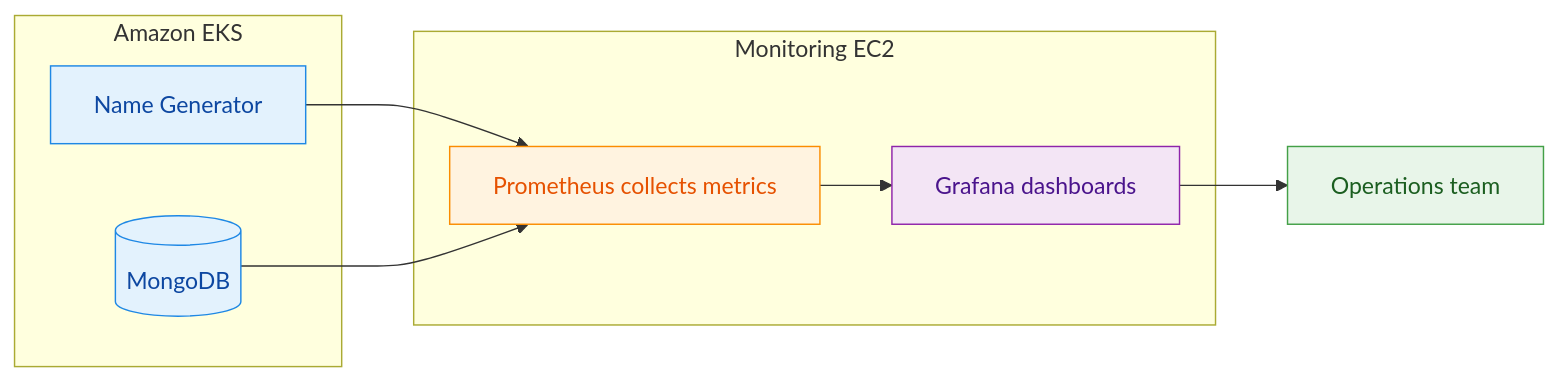
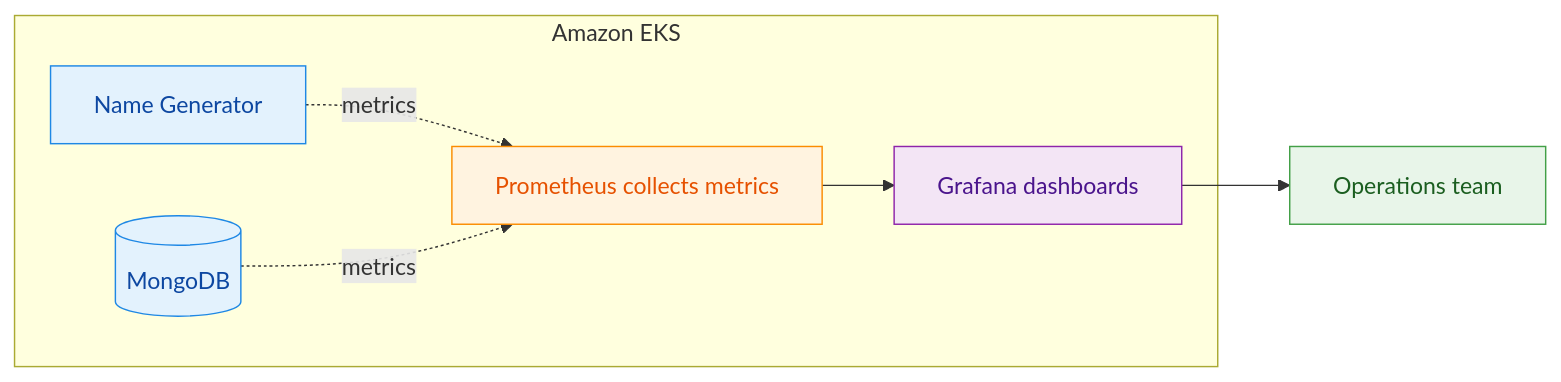
One commit to megamanx445-create/namegen-project changed the second of 2 diagrams in README.md. Above: the diagram before and after it, drawn with Mermaid. The commit also changed other lines of this file, not shown here.

````diff
--- a/README.md
+++ b/README.md
@@ -290,27 +313,24 @@
 ```mermaid
 flowchart LR
     subgraph EKS[Amazon EKS]
         APP[Name Generator]
         DB[(MongoDB)]
-    end
-
-    subgraph EC2[Monitoring EC2]
         P[Prometheus collects metrics]
         G[Grafana dashboards]
     end
 
-    APP --> P
-    DB --> P
+    APP -. metrics .-> P
+    DB -. metrics .-> P
     P --> G
     G --> U[Operations team]
 
     classDef workload fill:#e3f2fd,stroke:#1e88e5,color:#0d47a1
     classDef metrics fill:#fff3e0,stroke:#fb8c00,color:#e65100
     classDef dashboard fill:#f3e5f5,stroke:#8e24aa,color:#4a148c
     classDef people fill:#e8f5e9,stroke:#43a047,color:#1b5e20
 
     class APP,DB workload
     class P metrics
     class G dashboard
     class U people
 ```
````
